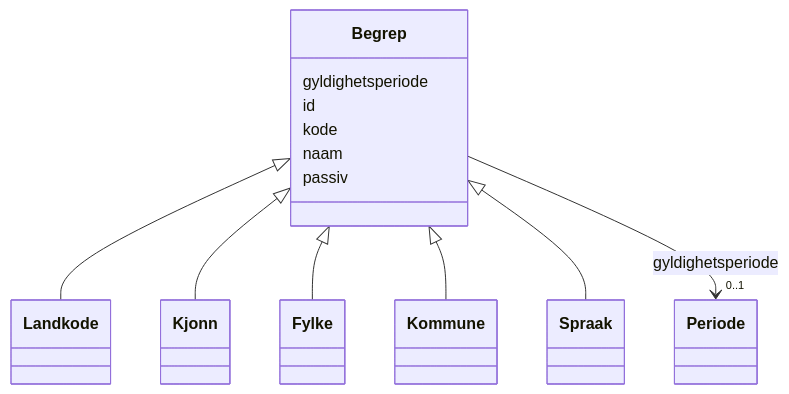
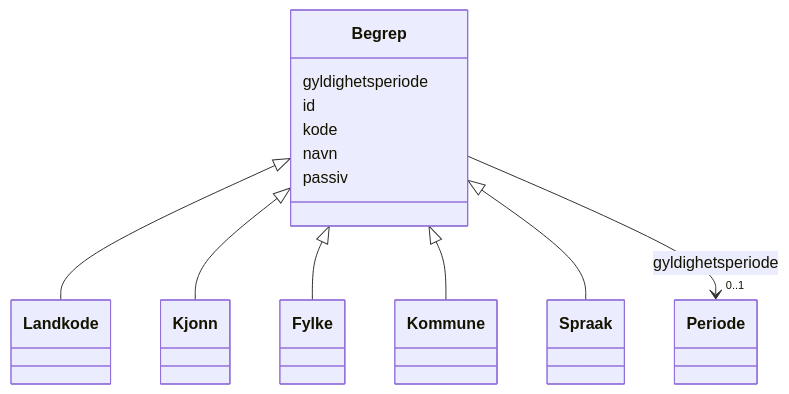
The diagram in mkdocs/docs/fint/fint-arkiv/klasser/Begrep.md (brreg/linkml-w3c-no-profiles), drawn with Mermaid before and after one commit. The commit also changed other lines of this file and 391 other files, not shown here.

````diff
--- a/mkdocs/docs/fint/fint-arkiv/klasser/Begrep.md
+++ b/mkdocs/docs/fint/fint-arkiv/klasser/Begrep.md
@@ -20,36 +20,36 @@
 ```mermaid
  classDiagram
     class Begrep
     click Begrep href "../Begrep/"
       Begrep <|-- Landkode
         click Landkode href "../Landkode/"
       Begrep <|-- Kjonn
         click Kjonn href "../Kjonn/"
       Begrep <|-- Fylke
         click Fylke href "../Fylke/"
       Begrep <|-- Kommune
         click Kommune href "../Kommune/"
       Begrep <|-- Spraak
         click Spraak href "../Spraak/"
       
       Begrep : gyldighetsperiode
         
           
     
         
         
         Begrep --> "0..1" Periode : gyldighetsperiode
         click Periode href "../Periode/"
     
 
         
       Begrep : id
         
       Begrep : kode
         
-      Begrep : naam
+      Begrep : navn
         
       Begrep : passiv
         
       
 ```
````
